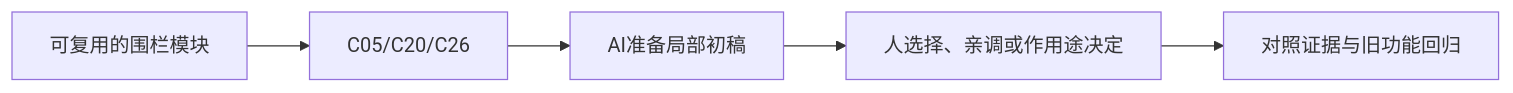
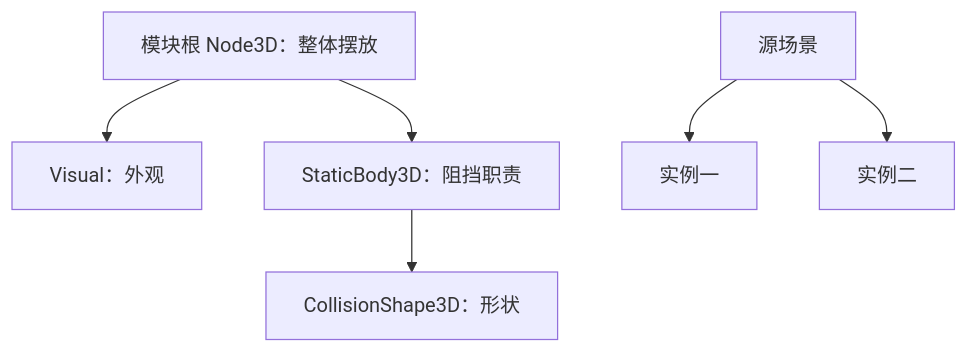
Before and after one commit to Zilur/ai-3d-game-learning: the diagram in curriculum/lessons/B02.md, drawn with Mermaid. The commit also changed other lines of this file and 164 other files, not shown here.

Commit message:
docs: publish 47 step-by-step AI lesson flows, world upgrade and optional training corner

````diff
--- a/curriculum/lessons/B02.md
+++ b/curriculum/lessons/B02.md
@@ -38,7 +35,8 @@
 ```mermaid
-flowchart LR
-  S["可复用的围栏模块"] --> K["C05/C20/C26"]
-  K --> AI["AI准备局部初稿"]
-  AI --> H["人选择、亲调或作用途决定"]
-  H --> V["对照证据与旧功能回归"]
+flowchart TD
+ R["模块根 Node3D：整体摆放"] --> V["Visual：外观"]
+ R --> B["StaticBody3D：阻挡职责"]
+ B --> S["CollisionShape3D：形状"]
+ T["源场景"] --> I1["实例一"]
+ T --> I2["实例二"]
 ```
````
